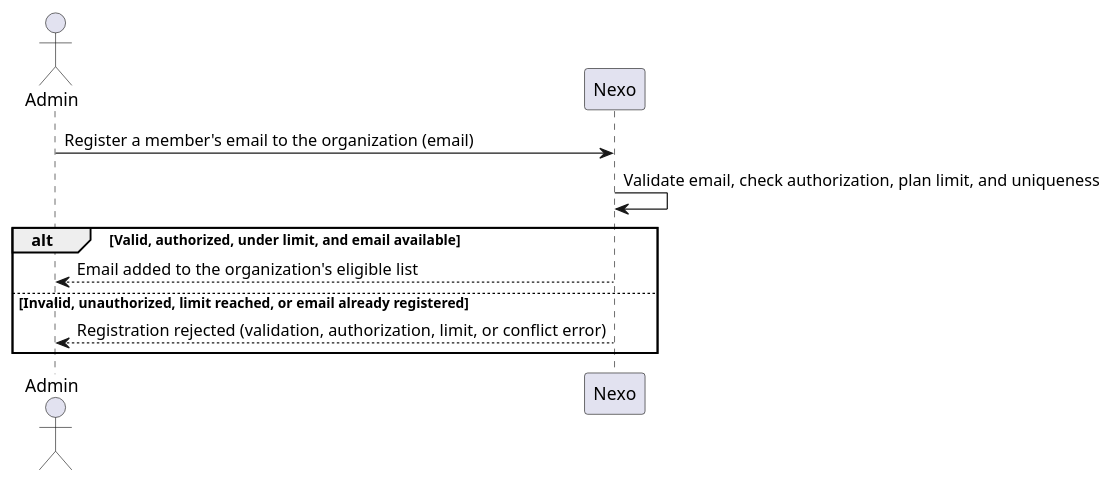
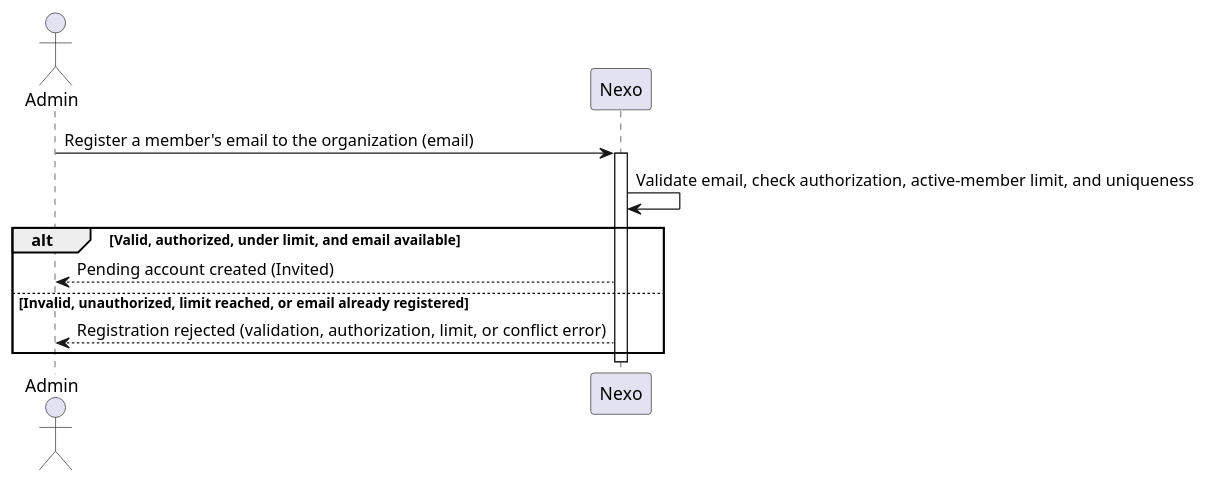
Before and after one commit to vscosousa/Nexo: the diagram in docs/us/US-002/ssd/level-1/puml/US-002-level-1.puml, drawn with PlantUML. The commit also changed 60 other files, not shown here.

Commit message:
Restructure SSD/SD diagrams: activation bars, FE/BE split

```diff
--- a/docs/us/US-002/ssd/level-1/puml/US-002-level-1.puml
+++ b/docs/us/US-002/ssd/level-1/puml/US-002-level-1.puml
@@ -1,11 +1,13 @@
 @startuml
 actor "Admin" as Admin
 participant "Nexo" as System
 Admin -> System: Register a member's email to the organization (email)
-System -> System: Validate email, check authorization, plan limit, and uniqueness
+activate System
+System -> System: Validate email, check authorization, active-member limit, and uniqueness
 alt Valid, authorized, under limit, and email available
-    System --> Admin: Email added to the organization's eligible list
+    System --> Admin: Pending account created (Invited)
 else Invalid, unauthorized, limit reached, or email already registered
     System --> Admin: Registration rejected (validation, authorization, limit, or conflict error)
 end
+deactivate System
 @enduml
```
